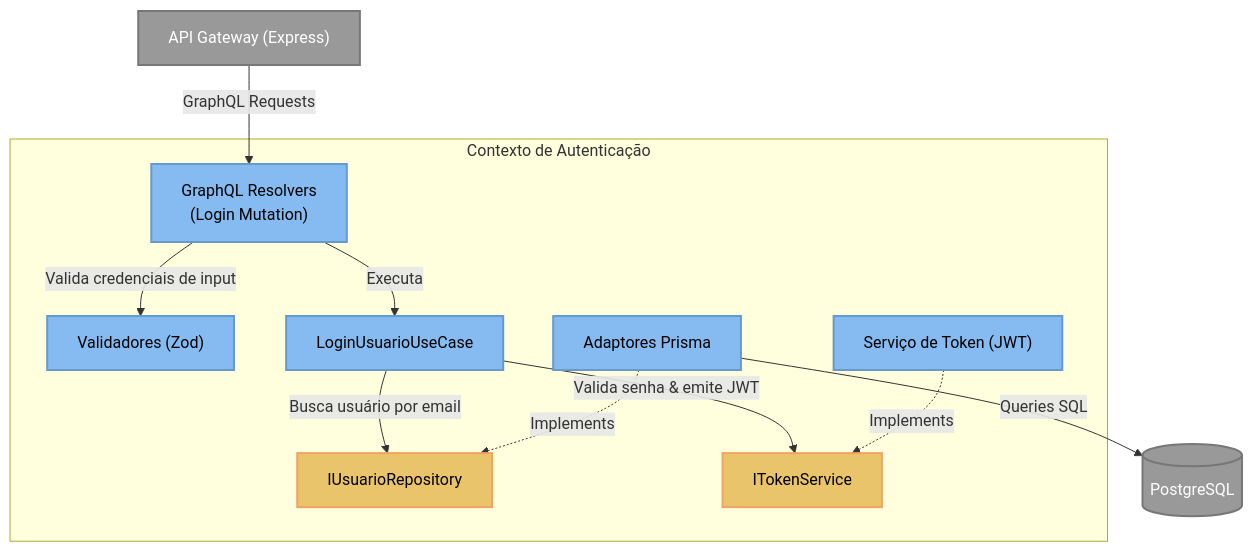
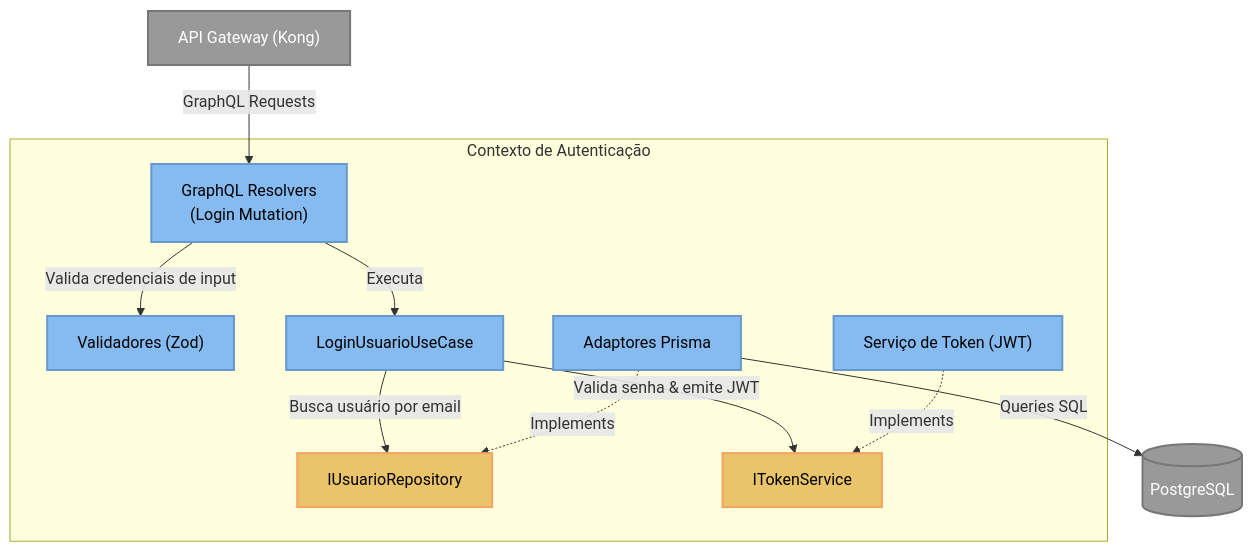
Before and after one commit to arthurair3s/arquitetura-de-software: the second of 5 diagrams in docs/diagramas/c3/c4_l3_component.md, drawn with Mermaid. The commit also changed other lines of this file and 10 other files, not shown here.

````diff
--- a/docs/diagramas/c3/c4_l3_component.md
+++ b/docs/diagramas/c3/c4_l3_component.md
@@ -40,35 +40,35 @@
 ```mermaid
 graph TB
     %% Styling
     classDef comp fill:#85bbf0,stroke:#6699cc,stroke-width:2px,color:#000;
     classDef port fill:#e9c46a,stroke:#f4a261,stroke-width:2px,color:#000;
     classDef ext fill:#999999,stroke:#777777,stroke-width:2px,color:#fff;
 
-    gateway["API Gateway (Express)"]:::ext
+    gateway["API Gateway (Kong)"]:::ext
     db_postgres[("PostgreSQL")]:::ext
 
     subgraph auth_context ["Contexto de Autenticação"]
         resolvers["GraphQL Resolvers<br>(Login Mutation)"]:::comp
         val["Validadores (Zod)"]:::comp
         uc_login["LoginUsuarioUseCase"]:::comp
         
         i_user_repo["IUsuarioRepository"]:::port
         i_token_service["ITokenService"]:::port
 
         prisma_adapters["Adaptores Prisma"]:::comp
         token_service["Serviço de Token (JWT)"]:::comp
     end
 
     %% Flows
     gateway -->|GraphQL Requests| resolvers
     resolvers -->|Valida credenciais de input| val
     resolvers -->|Executa| uc_login
     
     uc_login -->|Busca usuário por email| i_user_repo
     uc_login -->|"Valida senha & emite JWT"| i_token_service
 
     prisma_adapters -.->|Implements| i_user_repo
     token_service -.->|Implements| i_token_service
 
     prisma_adapters -->|Queries SQL| db_postgres
 ```
````
